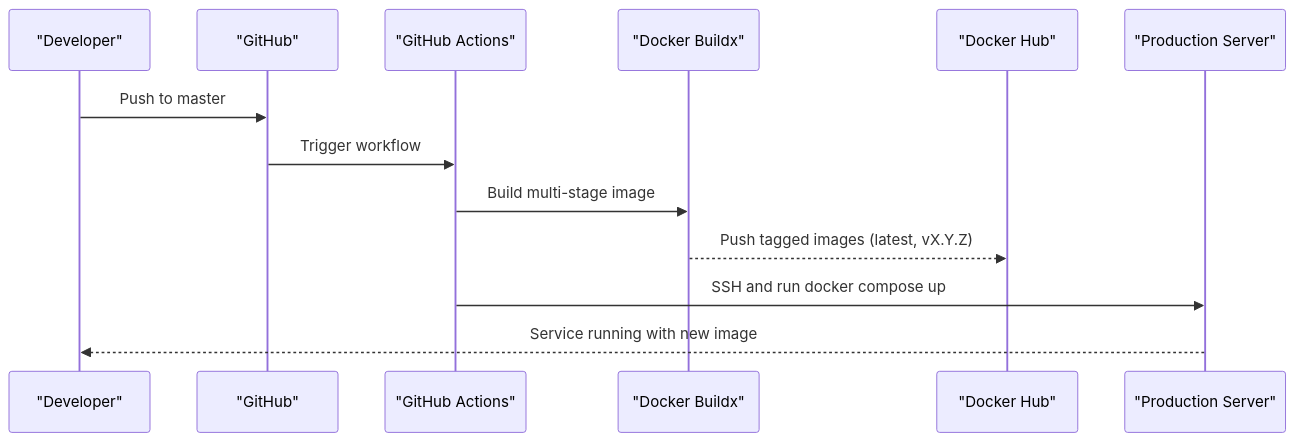
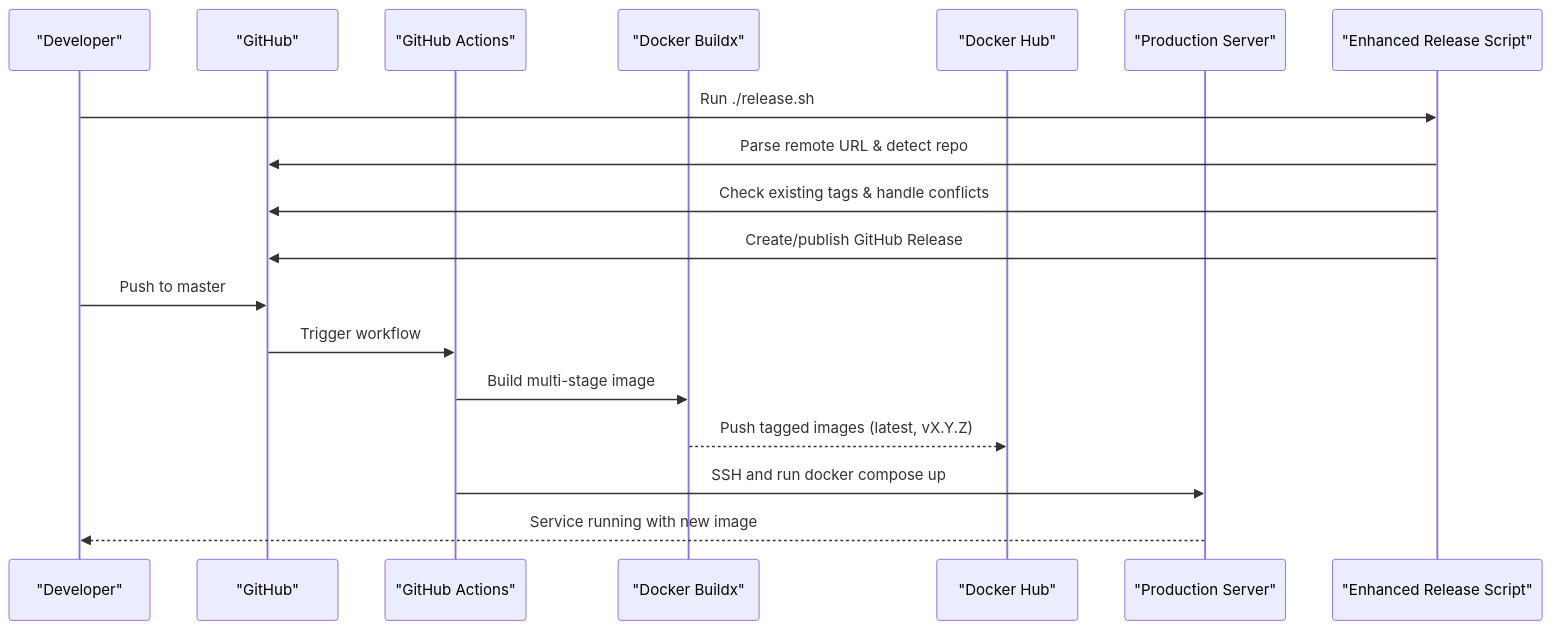
Before and after one commit to sutanto1010/crablite: the second of 7 diagrams in .qoder/repowiki/en/content/Deployment & Operations/Release Process.md, drawn with Mermaid. The commit also changed other lines of this file and 7 other files, not shown here.

First line of the commit message:
docs(architecture): update detailed system architecture and documentation

````diff
--- a/.qoder/repowiki/en/content/Deployment & Operations/Release Process.md
+++ b/.qoder/repowiki/en/content/Deployment & Operations/Release Process.md
@@ -87,15 +102,20 @@
 ```mermaid
 sequenceDiagram
 participant Dev as "Developer"
 participant GH as "GitHub"
 participant Actions as "GitHub Actions"
 participant Builder as "Docker Buildx"
 participant Reg as "Docker Hub"
 participant Prod as "Production Server"
+participant Local as "Enhanced Release Script"
+Dev->>Local : Run ./release.sh
+Local->>GH : Parse remote URL & detect repo
+Local->>GH : Check existing tags & handle conflicts
+Local->>GH : Create/publish GitHub Release
 Dev->>GH : Push to master
 GH->>Actions : Trigger workflow
 Actions->>Builder : Build multi-stage image
 Builder-->>Reg : Push tagged images (latest, vX.Y.Z)
 Actions->>Prod : SSH and run docker compose up
 Prod-->>Dev : Service running with new image
 ```
````
